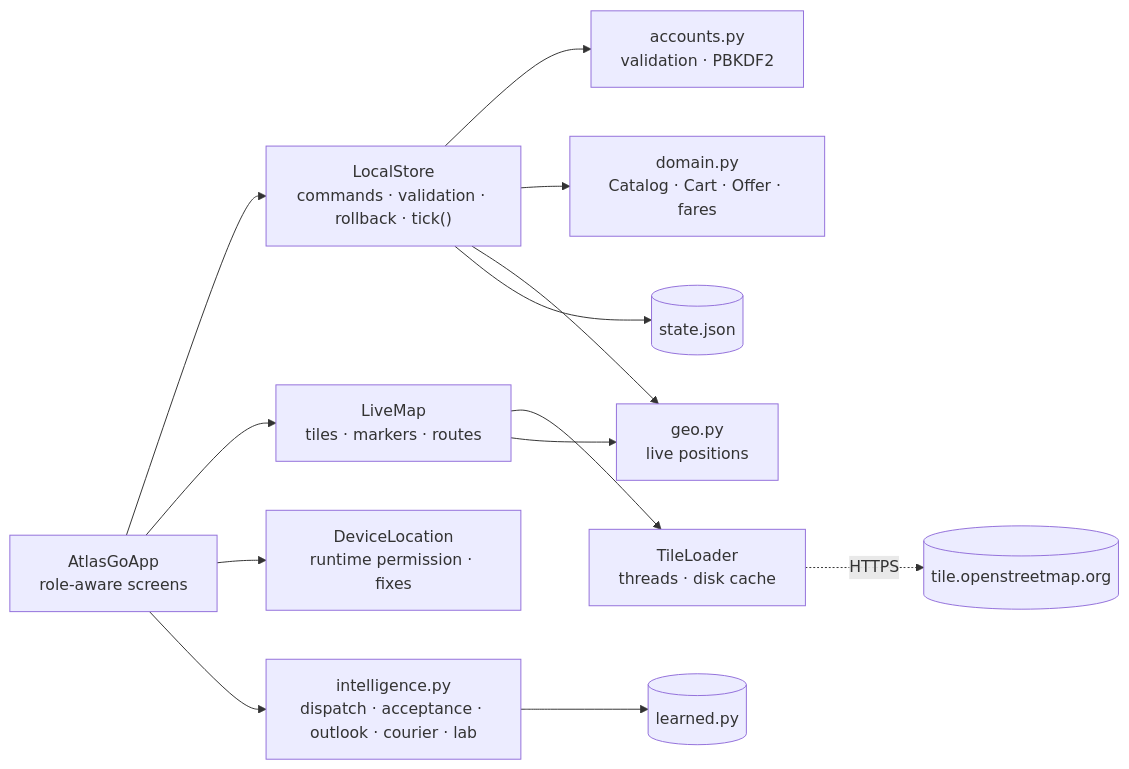
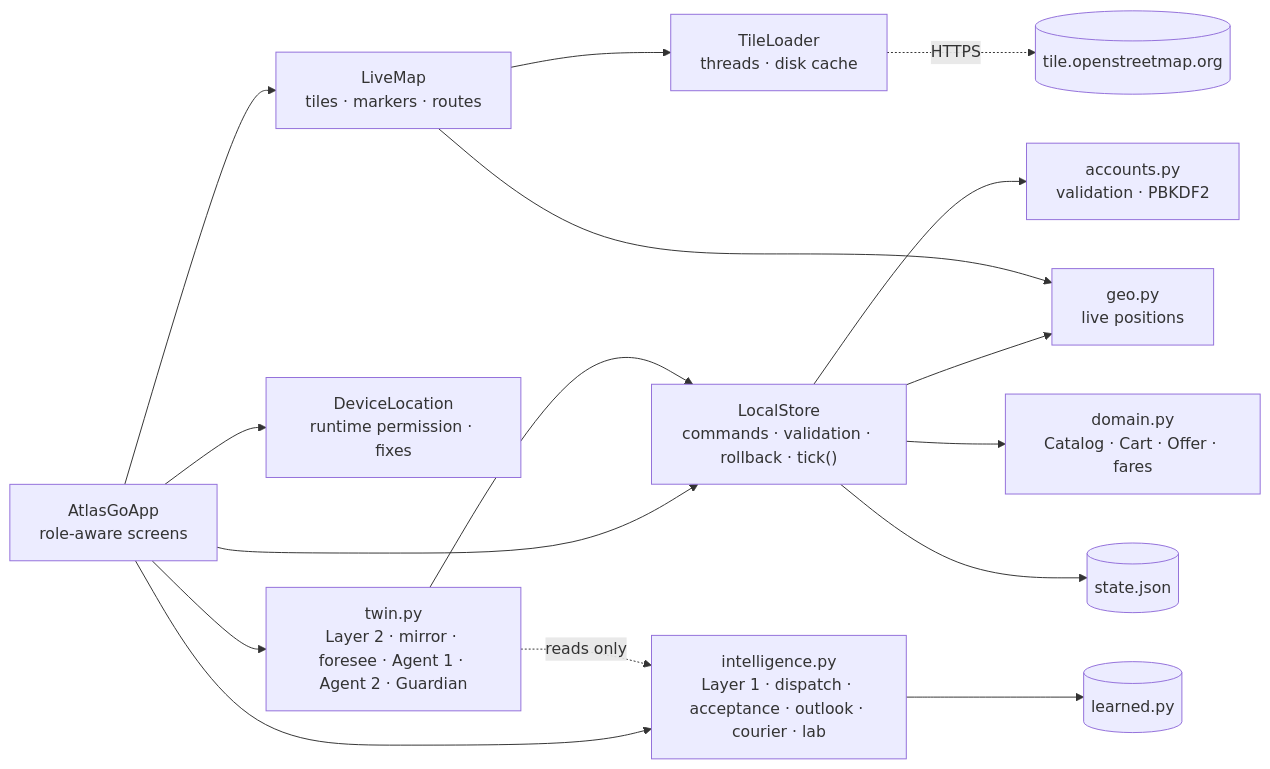
The first of 2 diagrams in android-app/docs/ARCHITECTURE.md (FUllSCIPTS/ATLAS), drawn with Mermaid before and after one commit. The commit also changed other lines of this file and 24 other files, not shown here.

````diff
--- a/android-app/docs/ARCHITECTURE.md
+++ b/android-app/docs/ARCHITECTURE.md
@@ -45,15 +48,18 @@
 ```mermaid
 flowchart LR
     UI["AtlasGoApp<br/>role-aware screens"] --> ST["LocalStore<br/>commands · validation · rollback · tick()"]
     UI --> MAP["LiveMap<br/>tiles · markers · routes"]
     UI --> LOC["DeviceLocation<br/>runtime permission · fixes"]
-    UI --> AI["intelligence.py<br/>dispatch · acceptance · outlook · courier · lab"]
+    UI --> AI["intelligence.py<br/>Layer 1 · dispatch · acceptance · outlook · courier · lab"]
+    UI --> TW["twin.py<br/>Layer 2 · mirror · foresee · Agent 1 · Agent 2 · Guardian"]
+    TW -. reads only .-> AI
+    TW --> ST
     MAP --> TL["TileLoader<br/>threads · disk cache"]
     TL -. HTTPS .-> OSM[("tile.openstreetmap.org")]
     ST --> AC["accounts.py<br/>validation · PBKDF2"]
     ST --> DM["domain.py<br/>Catalog · Cart · Offer · fares"]
     ST --> GEO["geo.py<br/>live positions"]
     MAP --> GEO
     ST --> J[("state.json")]
     AI --> LC[("learned.py")]
 ```
````
